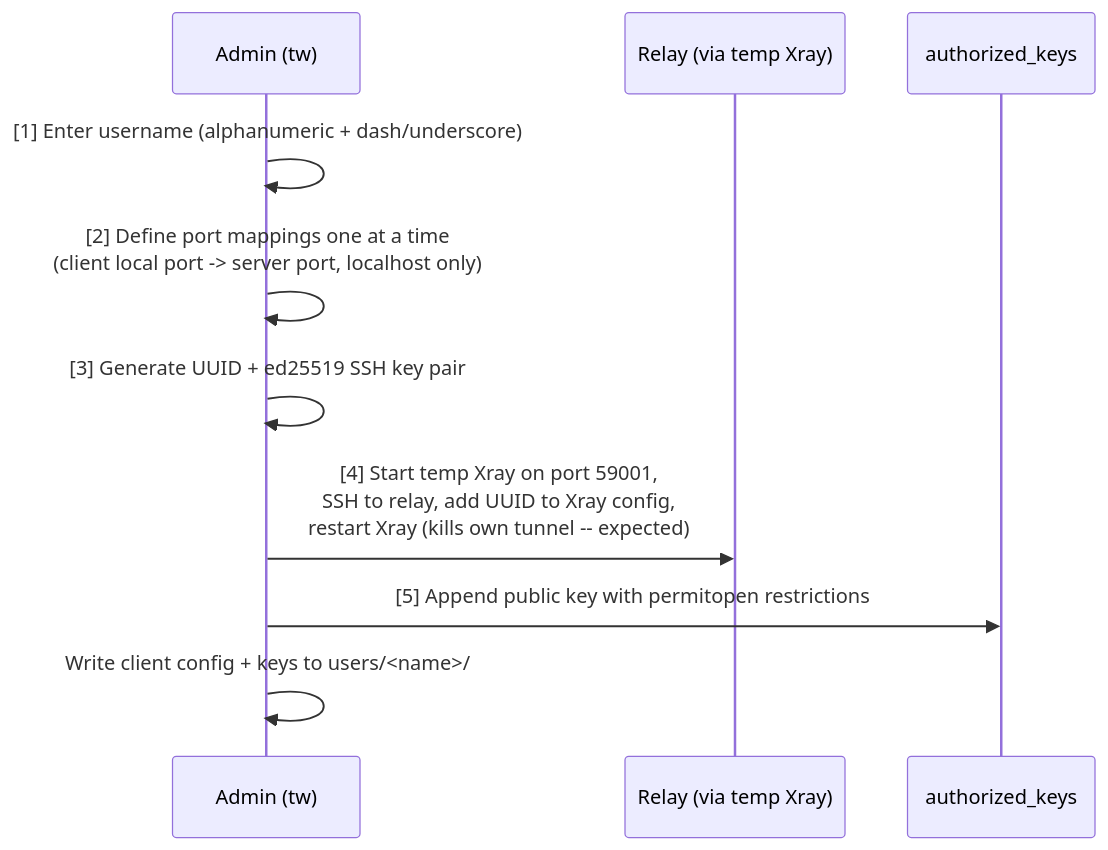
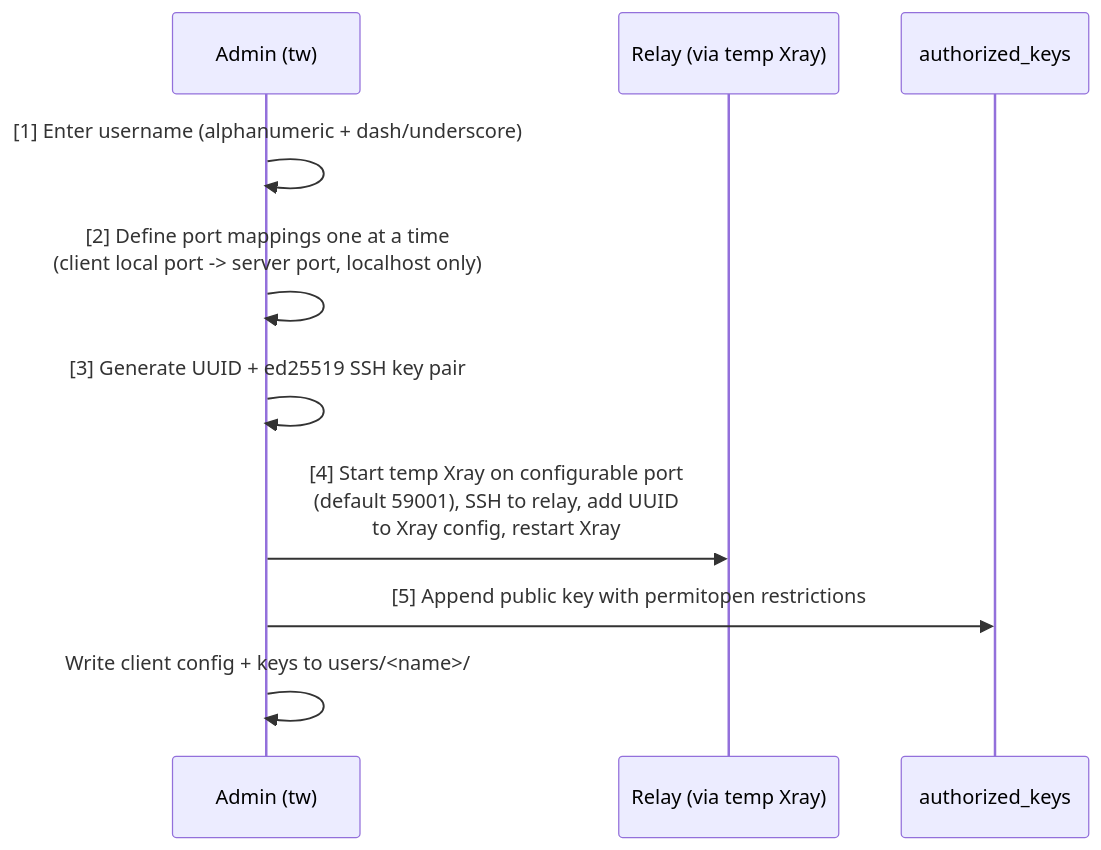
The second of 5 diagrams in docs/architecture/runtime-views.md (Tunnel-Whisperer/Tunnel-Whisperer), drawn with Mermaid before and after one commit. The commit also changed other lines of this file and 14 other files, not shown here.

Commit message:
ability to change the default config settings in the config page in UI

````diff
--- a/docs/architecture/runtime-views.md
+++ b/docs/architecture/runtime-views.md
@@ -61,13 +61,13 @@
 ```mermaid
 sequenceDiagram
     participant Admin as Admin (tw)
     participant R as Relay (via temp Xray)
     participant AK as authorized_keys
 
     Admin ->> Admin: [1] Enter username (alphanumeric + dash/underscore)
     Admin ->> Admin: [2] Define port mappings one at a time<br/>(client local port -> server port, localhost only)
     Admin ->> Admin: [3] Generate UUID + ed25519 SSH key pair
-    Admin ->> R: [4] Start temp Xray on port 59001,<br/>SSH to relay, add UUID to Xray config,<br/>restart Xray (kills own tunnel -- expected)
+    Admin ->> R: [4] Start temp Xray on configurable port<br/>(default 59001), SSH to relay, add UUID<br/>to Xray config, restart Xray
     Admin ->> AK: [5] Append public key with permitopen restrictions
     Admin ->> Admin: Write client config + keys to users/<name>/
 ```
````
